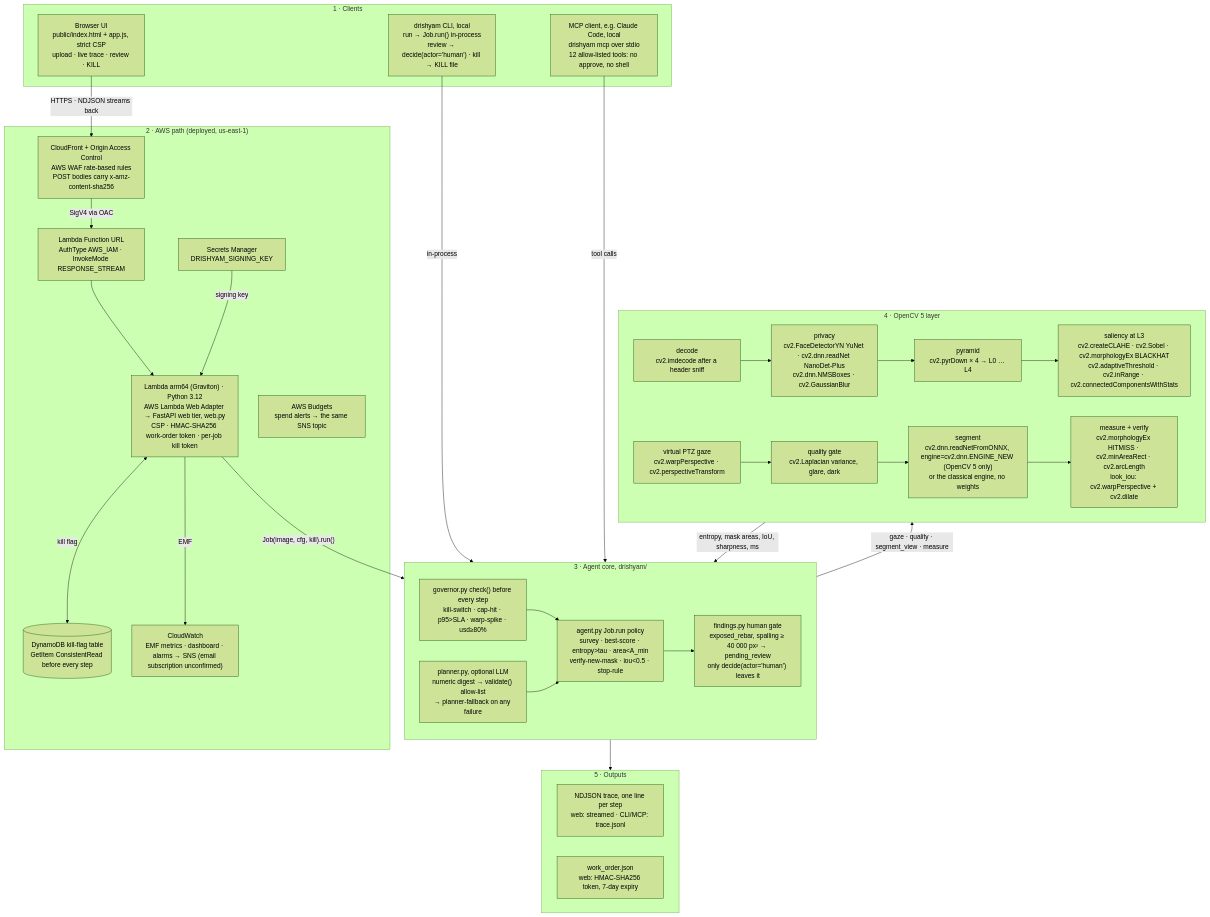
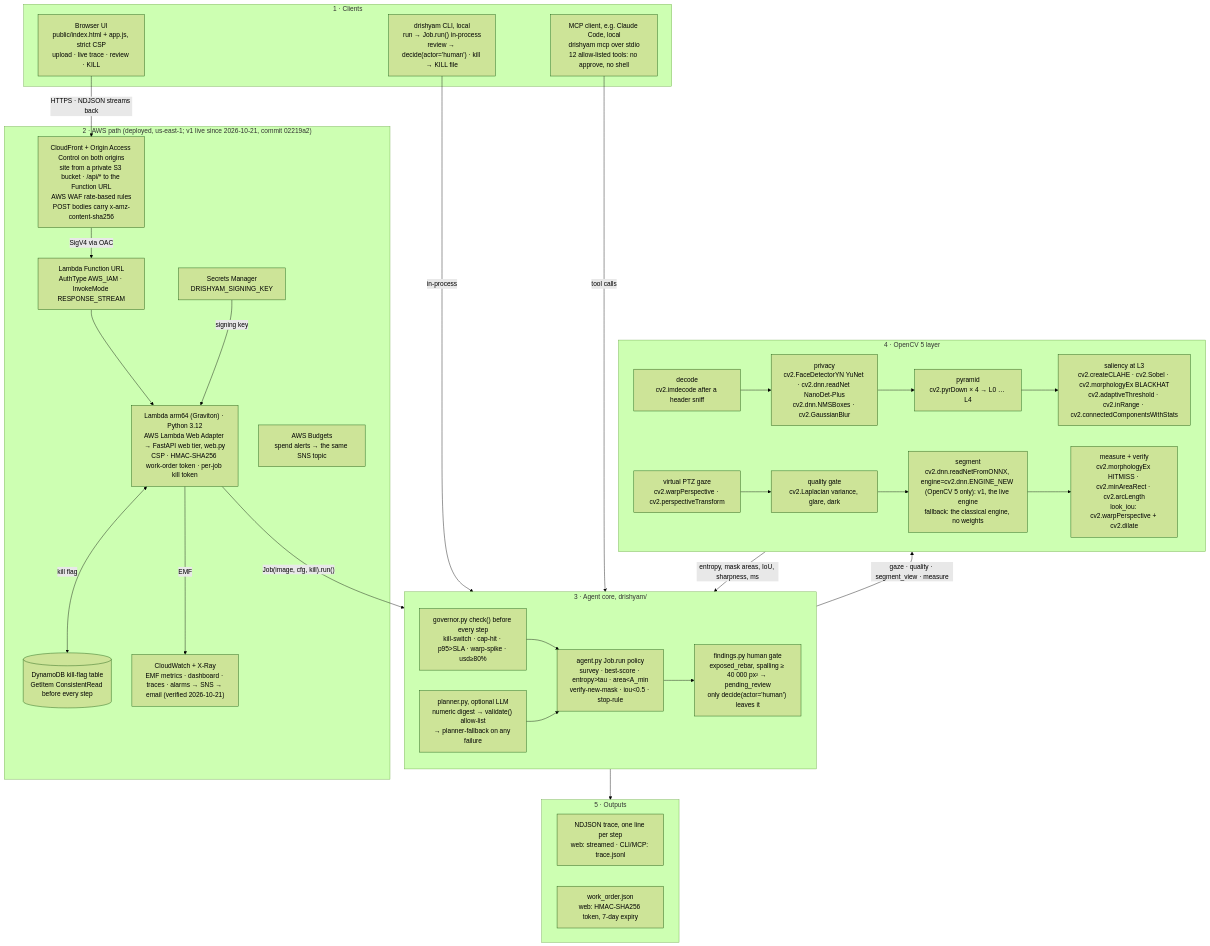
One commit to vj-io/drishyam changed the diagram in docs/architecture.mmd. Above: the diagram before and after it, drawn with Mermaid (forest theme). The commit also changed 17 other files, not shown here.

Commit message:
WIP (paused mid-task): docs and site match live v1; held-out numbers on the site; KILL and captions UI. Unverified: tests not run after the last edits.

```diff
--- a/docs/architecture.mmd
+++ b/docs/architecture.mmd
@@ -1,59 +1,59 @@
 %% Drishyam system architecture: the same content as docs/architecture.svg.
 %% cv2 names are the calls made in drishyam/imaging.py, privacy.py, segment.py, measure.py and agent.py.
 flowchart TB
     subgraph CLIENTS["1 · Clients"]
         UI["Browser UI<br/>public/index.html + app.js, strict CSP<br/>upload · live trace · review · KILL"]
         CLI["drishyam CLI, local<br/>run → Job.run() in-process<br/>review → decide(actor='human') · kill → KILL file"]
         MCPC["MCP client, e.g. Claude Code, local<br/>drishyam mcp over stdio<br/>12 allow-listed tools: no approve, no shell"]
     end
 
-    subgraph AWS["2 · AWS path (deployed, us-east-1)"]
-        CF["CloudFront + Origin Access Control<br/>AWS WAF rate-based rules<br/>POST bodies carry x-amz-content-sha256"]
+    subgraph AWS["2 · AWS path (deployed, us-east-1; v1 live since 2026-10-21, commit 02219a2)"]
+        CF["CloudFront + Origin Access Control on both origins<br/>site from a private S3 bucket · /api/* to the Function URL<br/>AWS WAF rate-based rules<br/>POST bodies carry x-amz-content-sha256"]
         FURL["Lambda Function URL<br/>AuthType AWS_IAM · InvokeMode RESPONSE_STREAM"]
         LAMBDA["Lambda arm64 (Graviton) · Python 3.12<br/>AWS Lambda Web Adapter → FastAPI web tier, web.py<br/>CSP · HMAC-SHA256 work-order token · per-job kill token"]
         DDB[("DynamoDB kill-flag table<br/>GetItem ConsistentRead before every step")]
         SM["Secrets Manager<br/>DRISHYAM_SIGNING_KEY"]
-        CW["CloudWatch<br/>EMF metrics · dashboard · alarms → SNS (email subscription unconfirmed)"]
+        CW["CloudWatch + X-Ray<br/>EMF metrics · dashboard · traces · alarms → SNS → email (verified 2026-10-21)"]
         BUD["AWS Budgets<br/>spend alerts → the same SNS topic"]
     end
 
     subgraph CORE["3 · Agent core, drishyam/"]
         POLICY["agent.py Job.run policy<br/>survey · best-score · entropy#gt;tau · area#lt;A_min<br/>verify-new-mask · iou#lt;0.5 · stop-rule"]
         GOV["governor.py check() before every step<br/>kill-switch · cap-hit · p95#gt;SLA · warp-spike · usd≥80%"]
         PLAN["planner.py, optional LLM<br/>numeric digest → validate() allow-list<br/>→ planner-fallback on any failure"]
         GATE["findings.py human gate<br/>exposed_rebar, spalling ≥ 40 000 px² → pending_review<br/>only decide(actor='human') leaves it"]
         GOV --> POLICY
         PLAN --> POLICY
         POLICY --> GATE
     end
 
     subgraph CV["4 · OpenCV 5 layer"]
         DEC["decode<br/>cv2.imdecode after a header sniff"]
         PRIV["privacy<br/>cv2.FaceDetectorYN YuNet · cv2.dnn.readNet NanoDet-Plus<br/>cv2.dnn.NMSBoxes · cv2.GaussianBlur"]
         PYR["pyramid<br/>cv2.pyrDown × 4 → L0 … L4"]
         SAL["saliency at L3<br/>cv2.createCLAHE · cv2.Sobel · cv2.morphologyEx BLACKHAT<br/>cv2.adaptiveThreshold · cv2.inRange · cv2.connectedComponentsWithStats"]
         GAZE["virtual PTZ gaze<br/>cv2.warpPerspective · cv2.perspectiveTransform"]
         QG["quality gate<br/>cv2.Laplacian variance, glare, dark"]
-        SEG["segment<br/>cv2.dnn.readNetFromONNX, engine=cv2.dnn.ENGINE_NEW (OpenCV 5 only)<br/>or the classical engine, no weights"]
+        SEG["segment<br/>cv2.dnn.readNetFromONNX, engine=cv2.dnn.ENGINE_NEW (OpenCV 5 only): v1, the live engine<br/>fallback: the classical engine, no weights"]
         MEAS["measure + verify<br/>cv2.morphologyEx HITMISS · cv2.minAreaRect · cv2.arcLength<br/>look_iou: cv2.warpPerspective + cv2.dilate"]
         DEC --> PRIV --> PYR --> SAL
         GAZE --> QG --> SEG --> MEAS
     end
 
     subgraph OUT["5 · Outputs"]
         TRACE["NDJSON trace, one line per step<br/>web: streamed · CLI/MCP: trace.jsonl"]
         WO["work_order.json<br/>web: HMAC-SHA256 token, 7-day expiry"]
     end
 
     UI -->|"HTTPS · NDJSON streams back"| CF
     CF -->|"SigV4 via OAC"| FURL --> LAMBDA
     LAMBDA <-->|"kill flag"| DDB
     SM -->|"signing key"| LAMBDA
     LAMBDA -->|"EMF"| CW
     BUD ~~~ CW
     LAMBDA -->|"Job(image, cfg, kill).run()"| CORE
     CLI -->|"in-process"| CORE
     MCPC -->|"tool calls"| CORE
     CORE -->|"gaze · quality · segment_view · measure"| CV
     CV -->|"entropy, mask areas, IoU, sharpness, ms"| CORE
     CORE --> OUT
```
